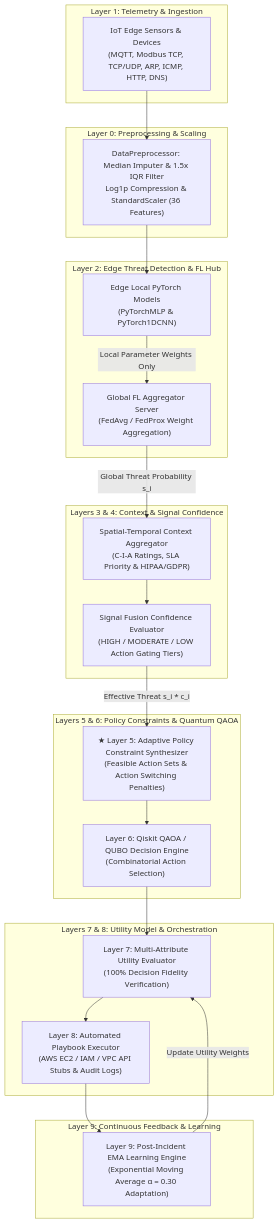
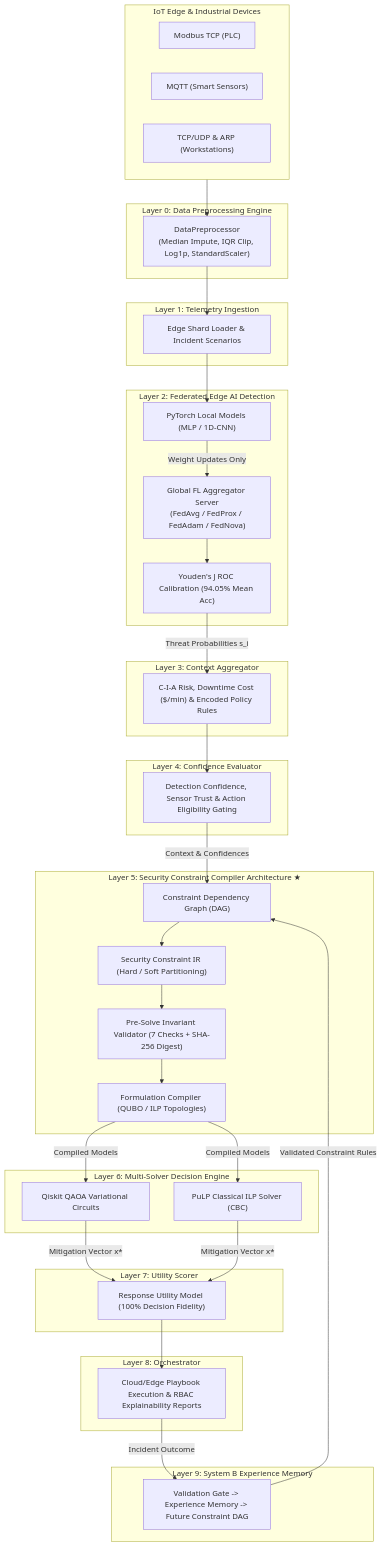
Before and after one commit to NAVEEN001138/cloud-guard-project: the diagram in PATENT_DRAFT_INDIA.md, drawn with Mermaid. The commit also changed other lines of this file and 25 other files, not shown here.

First line of the commit message:
feat(compiler): harden Layer 5 Security Constraint Compiler Architecture, 300 DPI diagrams, benchmarks & prior-art dossier

````diff
--- a/PATENT_DRAFT_INDIA.md
+++ b/PATENT_DRAFT_INDIA.md
@@ -79,46 +96,63 @@
 ```mermaid
 graph TD
-    subgraph L1 ["Layer 1: Telemetry & Ingestion"]
-        IoTEdge["IoT Edge Sensors & Devices<br/>(MQTT, Modbus TCP, TCP/UDP, ARP, ICMP, HTTP, DNS)"]
+    subgraph Edge ["IoT Edge & Industrial Devices"]
+        D1["Modbus TCP (PLC)"]
+        D2["MQTT (Smart Sensors)"]
+        D3["TCP/UDP & ARP (Workstations)"]
     end
 
-    subgraph L0 ["Layer 0: Preprocessing & Scaling"]
-        Preproc["DataPreprocessor: Median Imputer & 1.5x IQR Filter<br/>Log1p Compression & StandardScaler (36 Features)"]
+    subgraph L0 ["Layer 0: Data Preprocessing Engine"]
+        P1["DataPreprocessor<br/>(Median Impute, IQR Clip, Log1p, StandardScaler)"]
     end
 
-    subgraph L2 ["Layer 2: Edge Threat Detection & FL Hub"]
-        EdgeMLP["Edge Local PyTorch Models<br/>(PyTorchMLP & PyTorch1DCNN)"]
-        FLAggregator["Global FL Aggregator Server<br/>(FedAvg / FedProx Weight Aggregation)"]
+    subgraph L1 ["Layer 1: Telemetry Ingestion"]
+        T1["Edge Shard Loader & Incident Scenarios"]
     end
 
-    subgraph L3_4 ["Layers 3 & 4: Context & Signal Confidence"]
-        ContextEng["Spatial-Temporal Context Aggregator<br/>(C-I-A Ratings, SLA Priority & HIPAA/GDPR)"]
-        ConfEval["Signal Fusion Confidence Evaluator<br/>(HIGH / MODERATE / LOW Action Gating Tiers)"]
+    subgraph L2 ["Layer 2: Federated Edge AI Detection"]
+        F1["PyTorch Local Models (MLP / 1D-CNN)"]
+        F2["Global FL Aggregator Server<br/>(FedAvg / FedProx / FedAdam / FedNova)"]
+        F3["Youden's J ROC Calibration (94.05% Mean Acc)"]
     end
 
-    subgraph L5_6 ["Layers 5 & 6: Policy Constraints & Quantum QAOA"]
-        AdaptiveCons["★ Layer 5: Adaptive Policy Constraint Synthesizer<br/>(Feasible Action Sets & Action Switching Penalties)"]
-        QUBOEngine["Layer 6: Qiskit QAOA / QUBO Decision Engine<br/>(Combinatorial Action Selection)"]
+    subgraph L3 ["Layer 3: Context Aggregator"]
+        C1["C-I-A Risk, Downtime Cost ($/min) & Encoded Policy Rules"]
     end
 
-    subgraph L7_8 ["Layers 7 & 8: Utility Model & Orchestration"]
-        UtilityModel["Layer 7: Multi-Attribute Utility Evaluator<br/>(100% Decision Fidelity Verification)"]
-        Orchestration["Layer 8: Automated Playbook Executor<br/>(AWS EC2 / IAM / VPC API Stubs & Audit Logs)"]
+    subgraph L4 ["Layer 4: Confidence Evaluator"]
+        K1["Detection Confidence, Sensor Trust & Action Eligibility Gating"]
     end
 
-    subgraph L9 ["Layer 9: Continuous Feedback & Learning"]
-        FeedbackLoop["Layer 9: Post-Incident EMA Learning Engine<br/>(Exponential Moving Average α = 0.30 Adaptation)"]
+    subgraph L5 ["Layer 5: Security Constraint Compiler Architecture ★"]
+        IR1["Constraint Dependency Graph (DAG)"]
+        IR2["Security Constraint IR (Hard / Soft Partitioning)"]
+        IR3["Pre-Solve Invariant Validator (7 Checks + SHA-256 Digest)"]
+        IR4["Formulation Compiler (QUBO / ILP Topologies)"]
     end
 
-    IoTEdge --> Preproc
-    Preproc --> EdgeMLP
-    EdgeMLP -->|Local Parameter Weights Only| FLAggregator
-    FLAggregator -->|Global Threat Probability s_i| ContextEng
-    ContextEng --> ConfEval
-    ConfEval -->|Effective Threat s_i * c_i| AdaptiveCons
-    AdaptiveCons --> QUBOEngine
-    QUBOEngine --> UtilityModel
-    UtilityModel --> Orchestration
-    Orchestration --> FeedbackLoop
-    FeedbackLoop -->|Update Utility Weights| UtilityModel
+    subgraph L6 ["Layer 6: Multi-Solver Decision Engine"]
+        Q1["Qiskit QAOA Variational Circuits"]
+        Q2["PuLP Classical ILP Solver (CBC)"]
+    end
+
+    subgraph L7 ["Layer 7: Utility Scorer"]
+        U1["Response Utility Model (100% Decision Fidelity)"]
+    end
+
+    subgraph L8 ["Layer 8: Orchestrator"]
+        E1["Cloud/Edge Playbook Execution & RBAC Explainability Reports"]
+    end
+
+    subgraph L9 ["Layer 9: System B Experience Memory"]
+        FB1["Validation Gate -> Experience Memory -> Future Constraint DAG"]
+    end
+
+    Edge --> P1 --> T1 --> F1
+    F1 -->|Weight Updates Only| F2 --> F3
+    F3 -->|Threat Probabilities s_i| C1 --> K1
+    K1 -->|Context & Confidences| IR1 --> IR2 --> IR3 --> IR4
+    IR4 -->|Compiled Models| Q1 & Q2
+    Q1 & Q2 -->|Mitigation Vector x*| U1 --> E1
+    E1 -->|Incident Outcome| FB1
+    FB1 -->|Validated Constraint Rules| IR1
 ```
````
